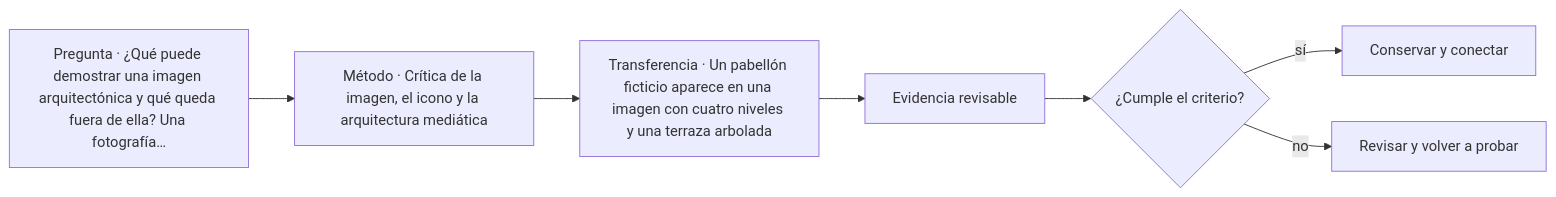
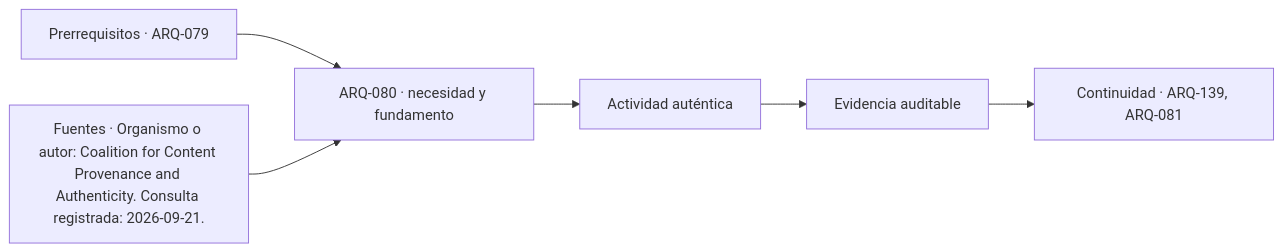
One commit to vladimiracunadev-create/architecture-built-environment-learning-program changed the diagram in classes/parte-08/ARQ-080.md. Above: the diagram before and after it, drawn with Mermaid. The commit also changed other lines of this file and 761 other files, not shown here.

````diff
--- a/classes/parte-08/ARQ-080.md
+++ b/classes/parte-08/ARQ-080.md
@@ -106,9 +118,8 @@
 ```mermaid
 flowchart LR
-    Q["Pregunta · ¿Qué puede demostrar una imagen arquitectónica y qué queda fuera de ella? Una fotografía…"] --> M["Método · Crítica de la imagen, el icono y la arquitectura mediática"]
-    M --> P["Transferencia · Un pabellón ficticio aparece en una imagen con cuatro niveles y una terraza arbolada"]
-    P --> E["Evidencia revisable"]
-    E --> C{"¿Cumple el criterio?"}
-    C -->|sí| T["Conservar y conectar"]
-    C -->|no| R["Revisar y volver a probar"]
+    A["Prerrequisitos · ARQ-079"] --> B["ARQ-080 · necesidad y fundamento"]
+    S["Fuentes · Organismo o autor: Coalition for Content Provenance and Authenticity. Consulta registrada: 2026-09-21."] --> B
+    B --> C["Actividad auténtica"]
+    C --> D["Evidencia auditable"]
+    D --> E["Continuidad · ARQ-139, ARQ-081"]
 ```
````
